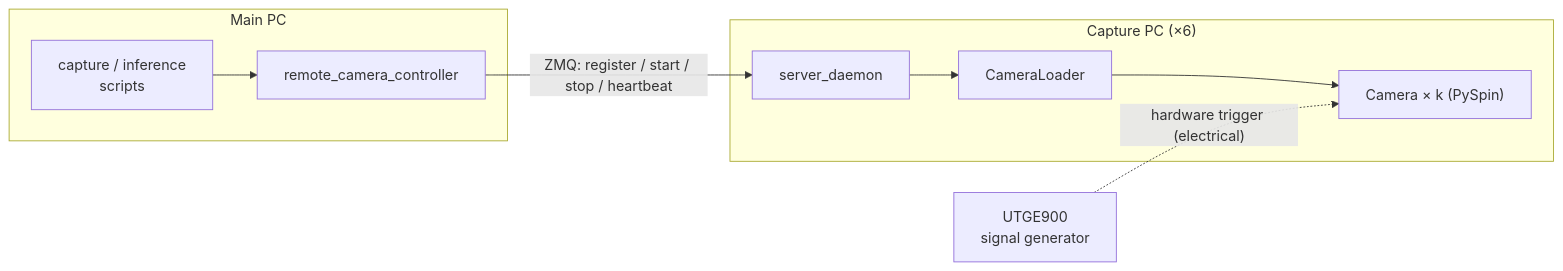
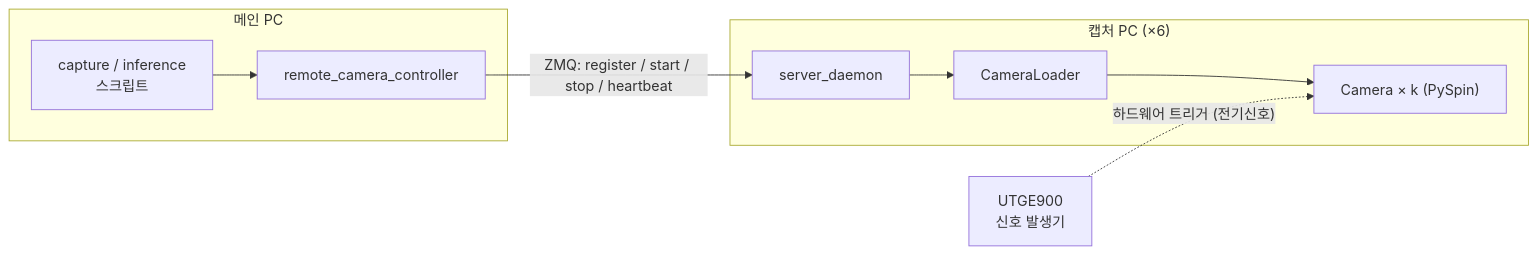
One commit to willi19/paradex changed the first of 6 diagrams in docs/camera_system.md. Above: the diagram before and after it, drawn with Mermaid. The commit also changed other lines of this file and 154 other files, not shown here.

First line of the commit message:
docs: rewrite Camera System guide in Korean, flowing explanatory prose

````diff
--- a/docs/camera_system.md
+++ b/docs/camera_system.md
@@ -17,17 +21,17 @@
 ```{mermaid}
 flowchart LR
-    subgraph Main["Main PC"]
-      ORCH["capture / inference<br/>scripts"]
+    subgraph Main["메인 PC"]
+      ORCH["capture / inference<br/>스크립트"]
       RCC["remote_camera_controller"]
       ORCH --> RCC
     end
-    subgraph Cap["Capture PC (×6)"]
+    subgraph Cap["캡처 PC (×6)"]
       D["server_daemon"]
       CL["CameraLoader"]
       CAM["Camera × k (PySpin)"]
       D --> CL --> CAM
     end
-    GEN["UTGE900<br/>signal generator"]
+    GEN["UTGE900<br/>신호 발생기"]
     RCC -- "ZMQ: register / start / stop / heartbeat" --> D
-    GEN -. "hardware trigger (electrical)" .-> CAM
+    GEN -. "하드웨어 트리거 (전기신호)" .-> CAM
 ```
````
